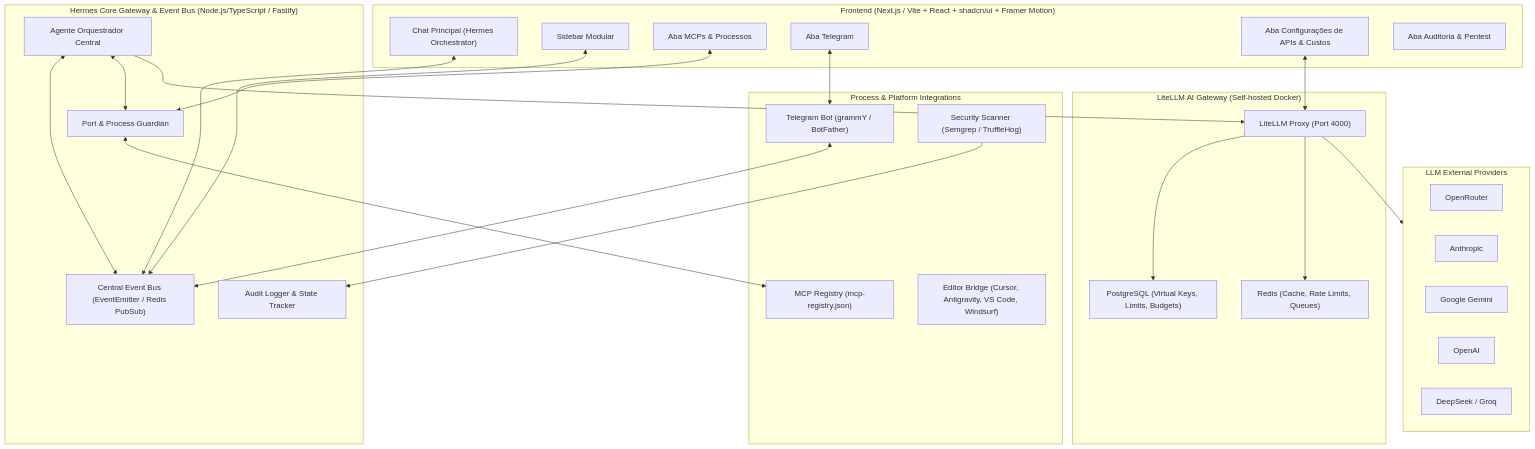
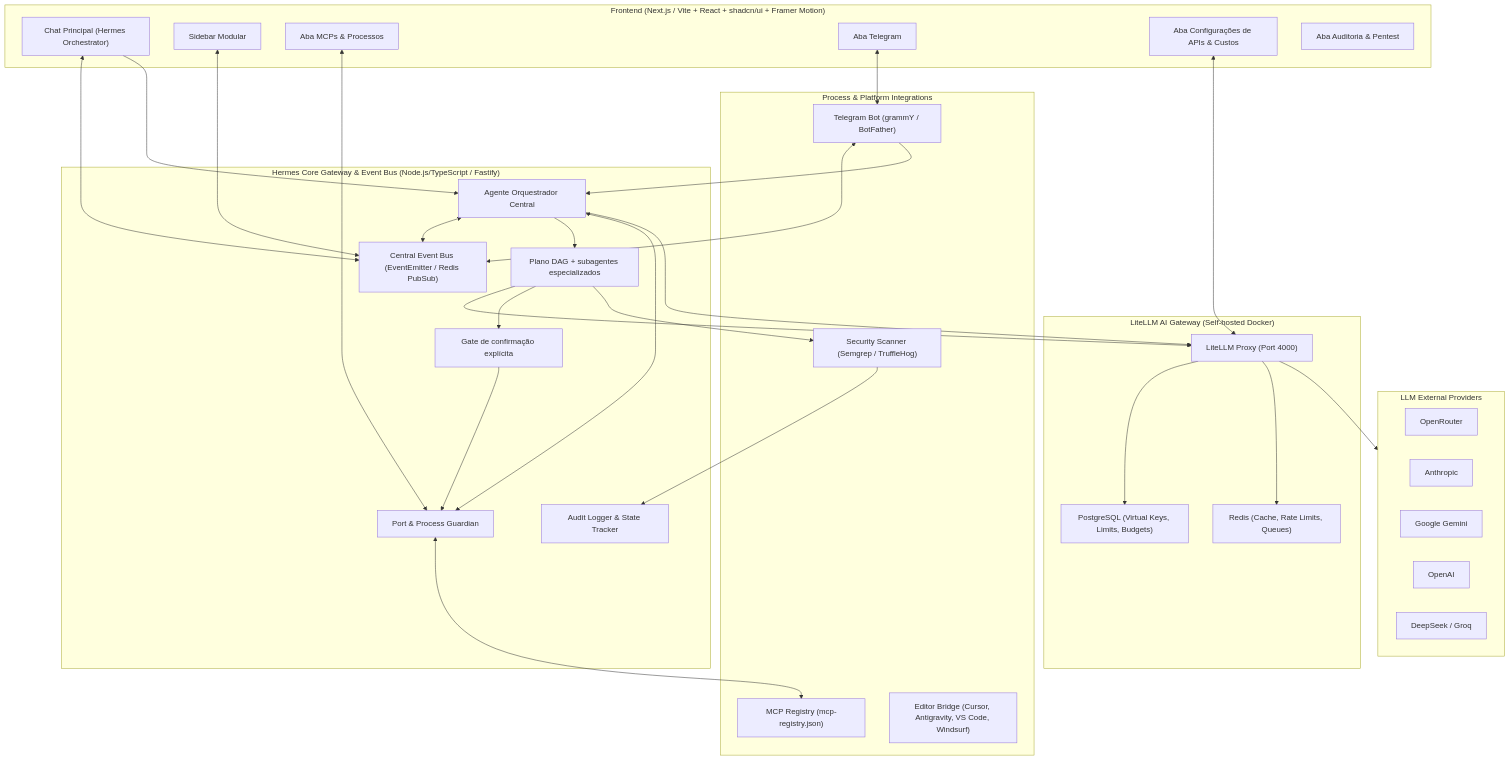
Before and after one commit to glolivercoder/Devmaster_Hermes: the diagram in ARCHITECTURE.md, drawn with Mermaid. The commit also changed other lines of this file and 18 other files, not shown here.

````diff
--- a/ARCHITECTURE.md
+++ b/ARCHITECTURE.md
@@ -4,56 +4,65 @@
 ```mermaid
 flowchart TD
     subgraph UI ["Frontend (Next.js / Vite + React + shadcn/ui + Framer Motion)"]
         Chat["Chat Principal (Hermes Orchestrator)"]
         Sidebar["Sidebar Modular"]
         TabMCP["Aba MCPs & Processos"]
         TabTelegram["Aba Telegram"]
         TabAPI["Aba Configurações de APIs & Custos"]
         TabSecurity["Aba Auditoria & Pentest"]
     end
 
     subgraph Core ["Hermes Core Gateway & Event Bus (Node.js/TypeScript / Fastify)"]
         EventBus["Central Event Bus (EventEmitter / Redis PubSub)"]
         Orchestrator["Agente Orquestrador Central"]
+        PlanDAG["Plano DAG + subagentes especializados"]
+        Approval["Gate de confirmação explícita"]
         PortGuardian["Port & Process Guardian"]
         AuditLogger["Audit Logger & State Tracker"]
     end
 
     subgraph Gateway ["LiteLLM AI Gateway (Self-hosted Docker)"]
         LiteLLM["LiteLLM Proxy (Port 4000)"]
         Postgres["PostgreSQL (Virtual Keys, Limits, Budgets)"]
         Redis["Redis (Cache, Rate Limits, Queues)"]
     end
 
     subgraph Providers ["LLM External Providers"]
         OpenRouter["OpenRouter"]
         Anthropic["Anthropic"]
         Gemini["Google Gemini"]
         OpenAI["OpenAI"]
         DeepSeek["DeepSeek / Groq"]
     end
 
     subgraph Integrations ["Process & Platform Integrations"]
         MCPRegistry["MCP Registry (mcp-registry.json)"]
         EditorBridge["Editor Bridge (Cursor, Antigravity, VS Code, Windsurf)"]
         TelegramBot["Telegram Bot (grammY / BotFather)"]
         SecurityScanner["Security Scanner (Semgrep / TruffleHog)"]
     end
 
     Chat <--> EventBus
+    Chat --> Orchestrator
     Sidebar <--> EventBus
     TabMCP <--> PortGuardian
     TabTelegram <--> TelegramBot
     TabAPI <--> LiteLLM
 
     Orchestrator <--> EventBus
+    Orchestrator --> PlanDAG
+    PlanDAG --> LiteLLM
+    PlanDAG --> Approval
+    PlanDAG --> SecurityScanner
+    Approval --> PortGuardian
     Orchestrator <--> PortGuardian
     PortGuardian <--> MCPRegistry
 
     Orchestrator --> LiteLLM
     LiteLLM --> Postgres
     LiteLLM --> Redis
     LiteLLM --> Providers
     SecurityScanner --> AuditLogger
     TelegramBot <--> EventBus
+    TelegramBot --> Orchestrator
 ```
````
